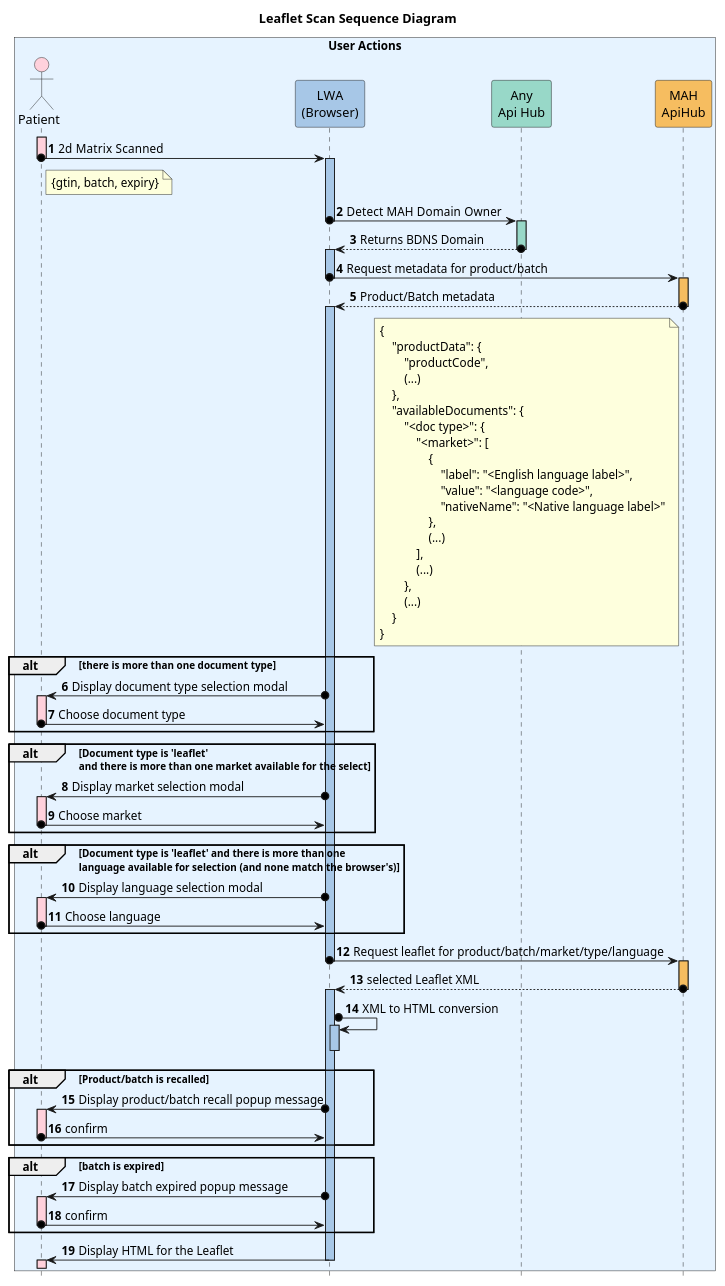
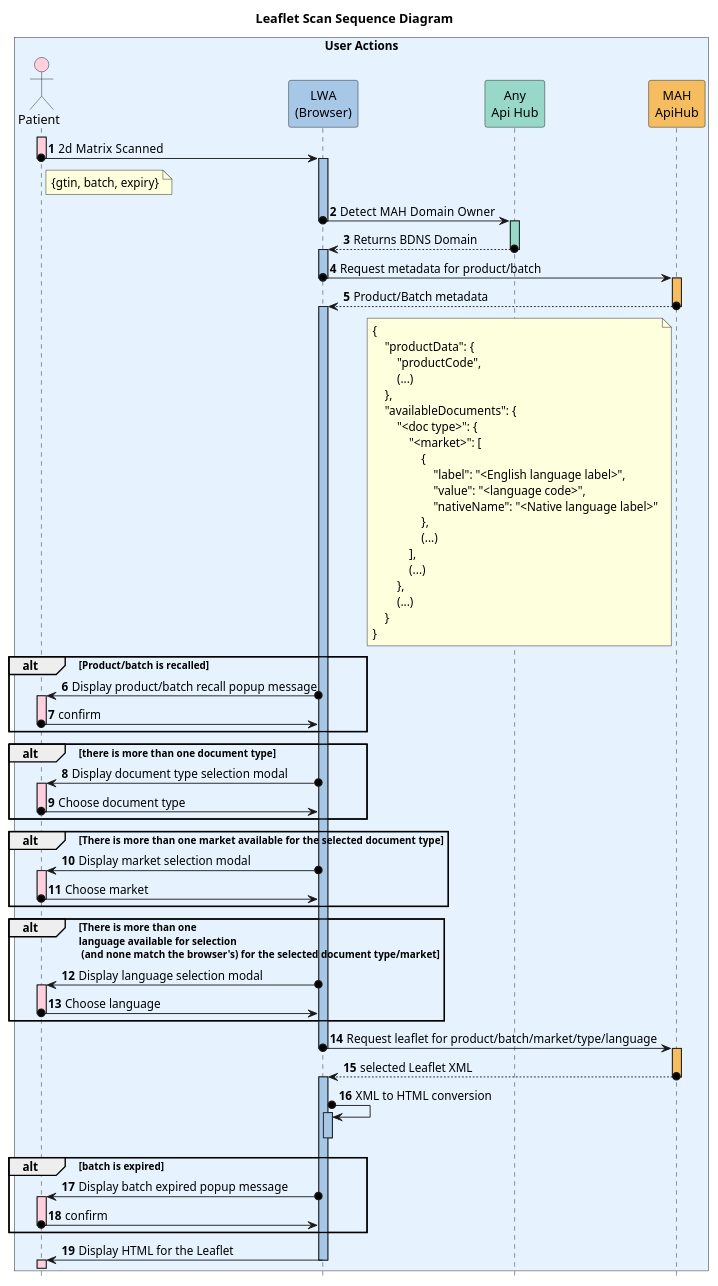
Before and after one commit to PDMFCSA/epi-workspace-for-snyk-scan: the diagram in epi-workspace/apihub-root/lwa/workdocs/uml/Scan_sequence_diagram.puml, drawn with PlantUML. The commit also changed 32 other files, not shown here.

```diff
--- a/epi-workspace/apihub-root/lwa/workdocs/uml/Scan_sequence_diagram.puml
+++ b/epi-workspace/apihub-root/lwa/workdocs/uml/Scan_sequence_diagram.puml
@@ -1,114 +1,116 @@
 @startuml
 hide footbox
 autonumber
 hide unlinked
 
 box "User Actions" #E6F3FF
 actor Patient as p #FFD1DC
 
 participant "LWA\n(Browser)" as l #A7C7E7
 
 participant "Any\nApi Hub" as a #98D8C8
 participant "MAH\nApiHub" as b #F6BD60
 
 title Leaflet Scan Sequence Diagram
 
 activate p #FFD1DC
 p o-> l: 2d Matrix  Scanned
 deactivate p
 note right of p
 {gtin, batch, expiry}
 end note
 
 activate l #A7C7E7
 l o-> a : Detect MAH  Domain Owner
 deactivate  l
 
 activate a #98D8C8
 return Returns BDNS Domain
 deactivate a
 
 activate l #A7C7E7
 l o-> b : Request metadata for product/batch
 deactivate l
 
 activate b #F6BD60
 return Product/Batch metadata
 note left of b
 {
     "productData": {
         "productCode",
         (...)
     },
     "availableDocuments": {
         "<doc type>": {
             "<market>": [
                 {
                     "label": "<English language label>",
                     "value": "<language code>",
                     "nativeName": "<Native language label>"
                 },
                 (...)
             ],
             (...)
         },
         (...)
     }
 }
 end note
 deactivate b
+activate l #A7C7E7
+alt Product/batch is recalled
+l o-> p #FFD1DC: Display product/batch recall popup message
+activate p #FFD1DC
+p o-> l #A7C7E7: confirm
+deactivate p
+end
 
 activate l #A7C7E7
 
 alt there is more than one document type
 l o-> p #FFD1DC: Display document type selection modal
 activate p #FFD1DC
 p o-> l #A7C7E7: Choose document type
 deactivate p
 end
 
-alt Document type is 'leaflet'\nand there is more than one market available for the select
+alt There is more than one market available for the selected document type
 l o-> p #FFD1DC: Display market selection modal
 activate p #FFD1DC
 p o-> l #A7C7E7: Choose market
 deactivate p
 end
 
-alt Document type is 'leaflet' and there is more than one\nlanguage available for selection (and none match the browser's)
+alt There is more than one\nlanguage available for selection \n (and none match the browser's) for the selected document type/market
 l o-> p #FFD1DC: Display language selection modal
 activate p #FFD1DC
 p o-> l #A7C7E7: Choose language
 deactivate p
 end
 l o-> b #F6BD60: Request leaflet for product/batch/market/type/language
 deactivate l
 
 activate b #F6BD60
 return selected Leaflet XML
 deactivate b
 
 activate l #A7C7E7
 
 l o-> l #A7C7E7: XML to HTML conversion
 activate l #A7C7E7
 deactivate l
-alt Product/batch is recalled
-l o-> p #FFD1DC: Display product/batch recall popup message
-activate p #FFD1DC
-p o-> l #A7C7E7: confirm
-deactivate p
-end
+
 
 alt batch is expired
 l o-> p #FFD1DC: Display batch expired popup message
 activate p #FFD1DC
 p o-> l #A7C7E7: confirm
 deactivate p
 end
 
 l -> p #FFD1DC: Display HTML for the Leaflet
 deactivate l
 activate p #FFD1DC
 end box
 
 @enduml
```
